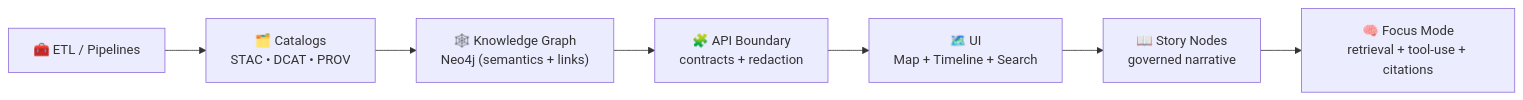
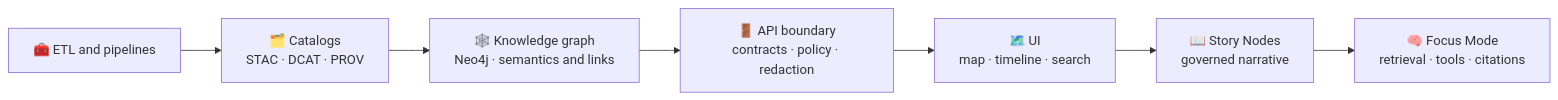
One commit to bartytime4life/Kansas-Frontier-Matrix changed the first of 2 diagrams in web/README.md. Above: the diagram before and after it, drawn with Mermaid. The commit also changed other lines of this file, not shown here.

````diff
--- a/web/README.md
+++ b/web/README.md
@@ -120,9 +130,9 @@
 ```mermaid
 flowchart LR
-  A["🧰 ETL / Pipelines"] --> B["🗂️ Catalogs<br/>STAC • DCAT • PROV"]
-  B --> C["🕸️ Knowledge Graph<br/>Neo4j (semantics + links)"]
-  C --> D["🧩 API Boundary<br/>contracts + redaction"]
-  D --> E["🗺️ UI<br/>Map + Timeline + Search"]
+  A["🧰 ETL and pipelines"] --> B["🗂️ Catalogs<br/>STAC · DCAT · PROV"]
+  B --> C["🕸️ Knowledge graph<br/>Neo4j · semantics and links"]
+  C --> D["🚪 API boundary<br/>contracts · policy · redaction"]
+  D --> E["🗺️ UI<br/>map · timeline · search"]
   E --> F["📖 Story Nodes<br/>governed narrative"]
-  F --> G["🧠 Focus Mode<br/>retrieval + tool-use + citations"]
+  F --> G["🧠 Focus Mode<br/>retrieval · tools · citations"]
 ```
````
